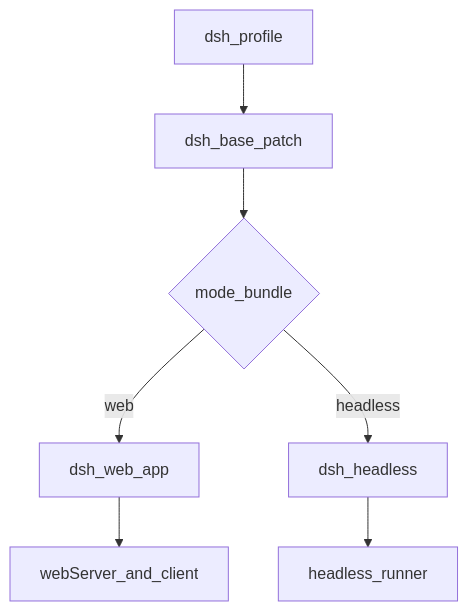
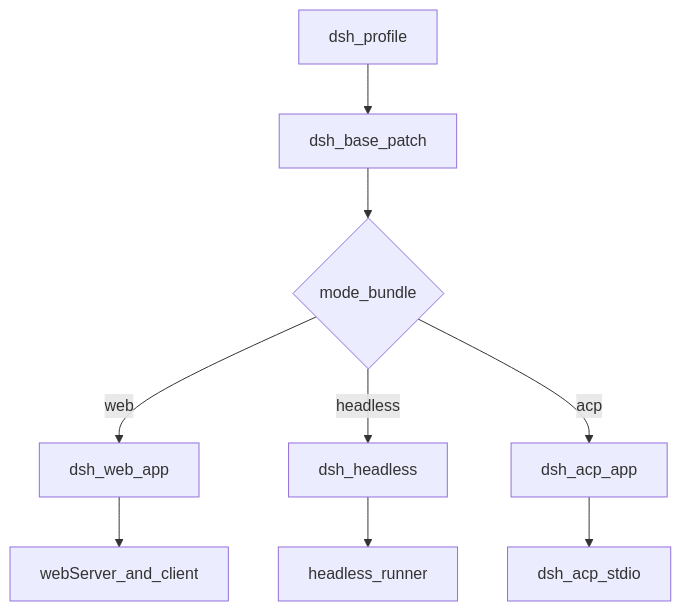
One commit to phuhao00/deepseek-harness changed the first of 5 diagrams in docs/study/packages/bundle.md. Above: the diagram before and after it, drawn with Mermaid. The commit also changed other lines of this file and 70 other files, not shown here.

First line of the commit message:
feat: add product ACP profile for stdio Buzz harnesses

````diff
--- a/docs/study/packages/bundle.md
+++ b/docs/study/packages/bundle.md
@@ -7,9 +7,11 @@
 ```mermaid
 flowchart TB
   profile[dsh_profile] --> base[dsh_base_patch]
   base --> mode{mode_bundle}
   mode -->|web| webApp[dsh_web_app]
   mode -->|headless| headless[dsh_headless]
+  mode -->|acp| acpApp[dsh_acp_app]
   webApp --> host[webServer_and_client]
   headless --> runner[headless_runner]
+  acpApp --> acp[dsh_acp_stdio]
 ```
````
